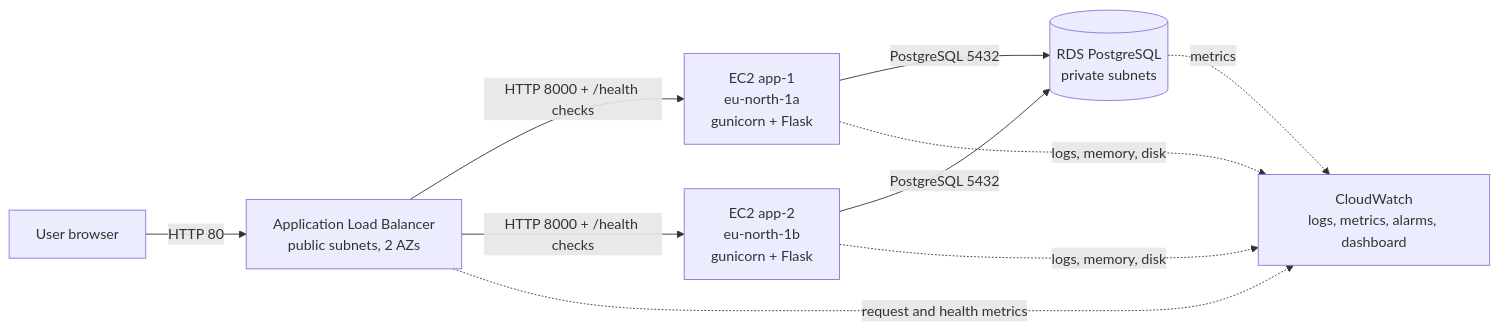
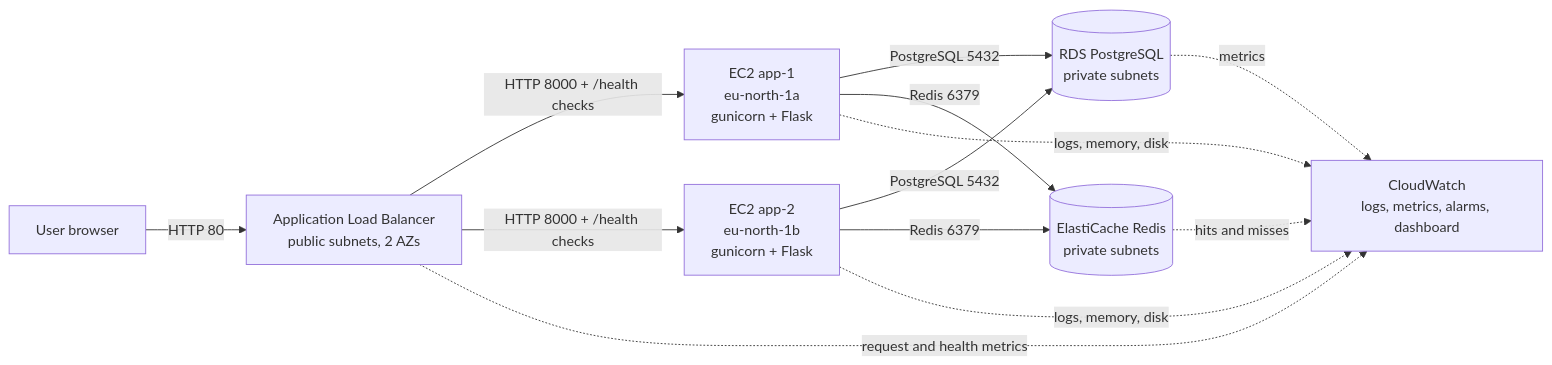
Before and after one commit to benshak/phishing-detector-aws: the diagram in README.md, drawn with Mermaid. The commit also changed other lines of this file and 14 other files, not shown here.

Commit message:
Add ElastiCache Redis cache (bonus), demo plan and screenshots

````diff
--- a/README.md
+++ b/README.md
@@ -12,12 +12,15 @@
 ```mermaid
 flowchart LR
     U[User browser] -->|HTTP 80| ALB[Application Load Balancer<br/>public subnets, 2 AZs]
     ALB -->|HTTP 8000 + /health checks| E1[EC2 app-1<br/>eu-north-1a<br/>gunicorn + Flask]
     ALB -->|HTTP 8000 + /health checks| E2[EC2 app-2<br/>eu-north-1b<br/>gunicorn + Flask]
     E1 -->|PostgreSQL 5432| RDS[(RDS PostgreSQL<br/>private subnets)]
     E2 -->|PostgreSQL 5432| RDS
+    E1 -->|Redis 6379| RC[(ElastiCache Redis<br/>private subnets)]
+    E2 -->|Redis 6379| RC
     E1 -. logs, memory, disk .-> CW[CloudWatch<br/>logs, metrics, alarms, dashboard]
     E2 -. logs, memory, disk .-> CW
     ALB -. request and health metrics .-> CW
     RDS -. metrics .-> CW
+    RC -. hits and misses .-> CW
 ```
````
